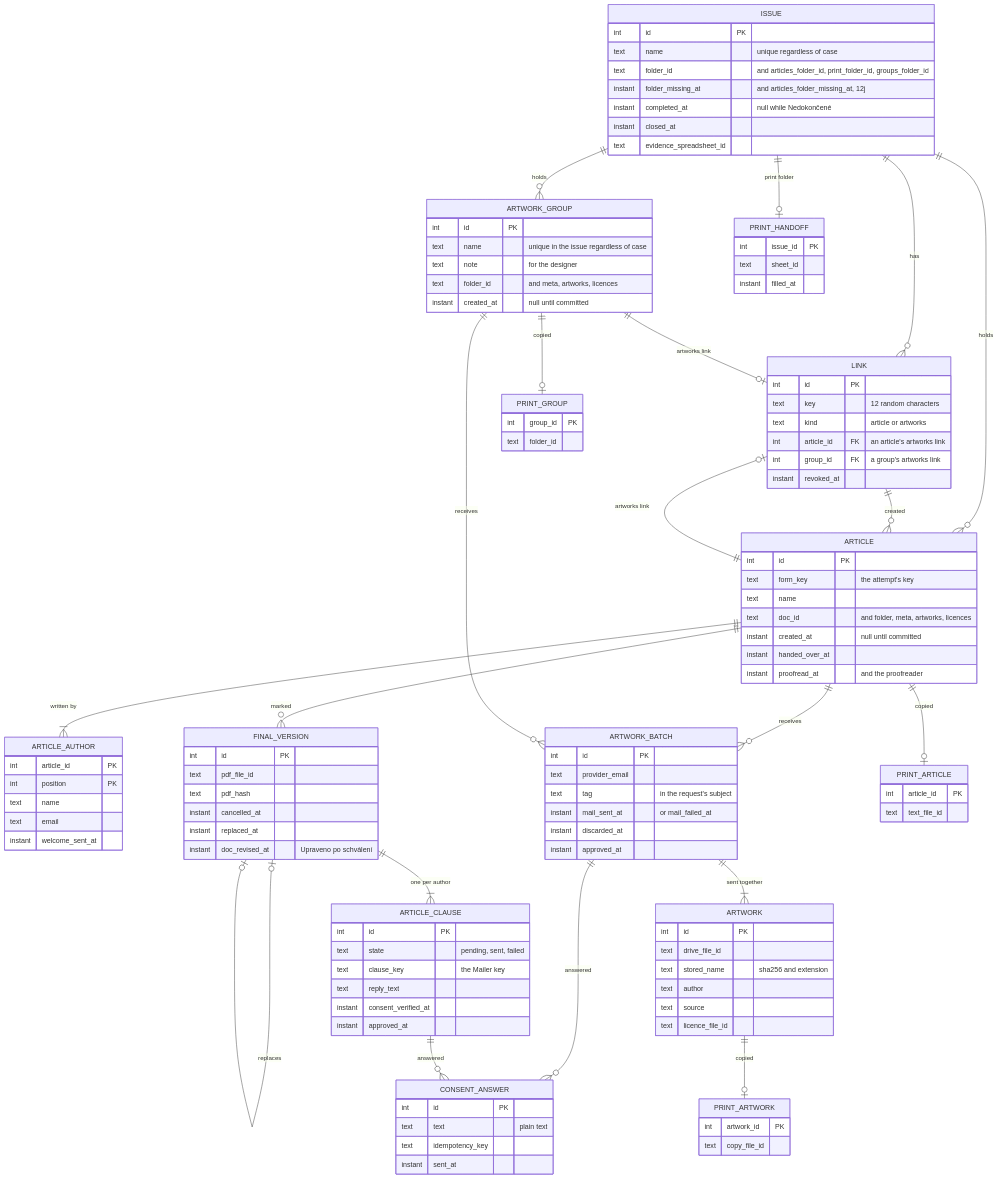
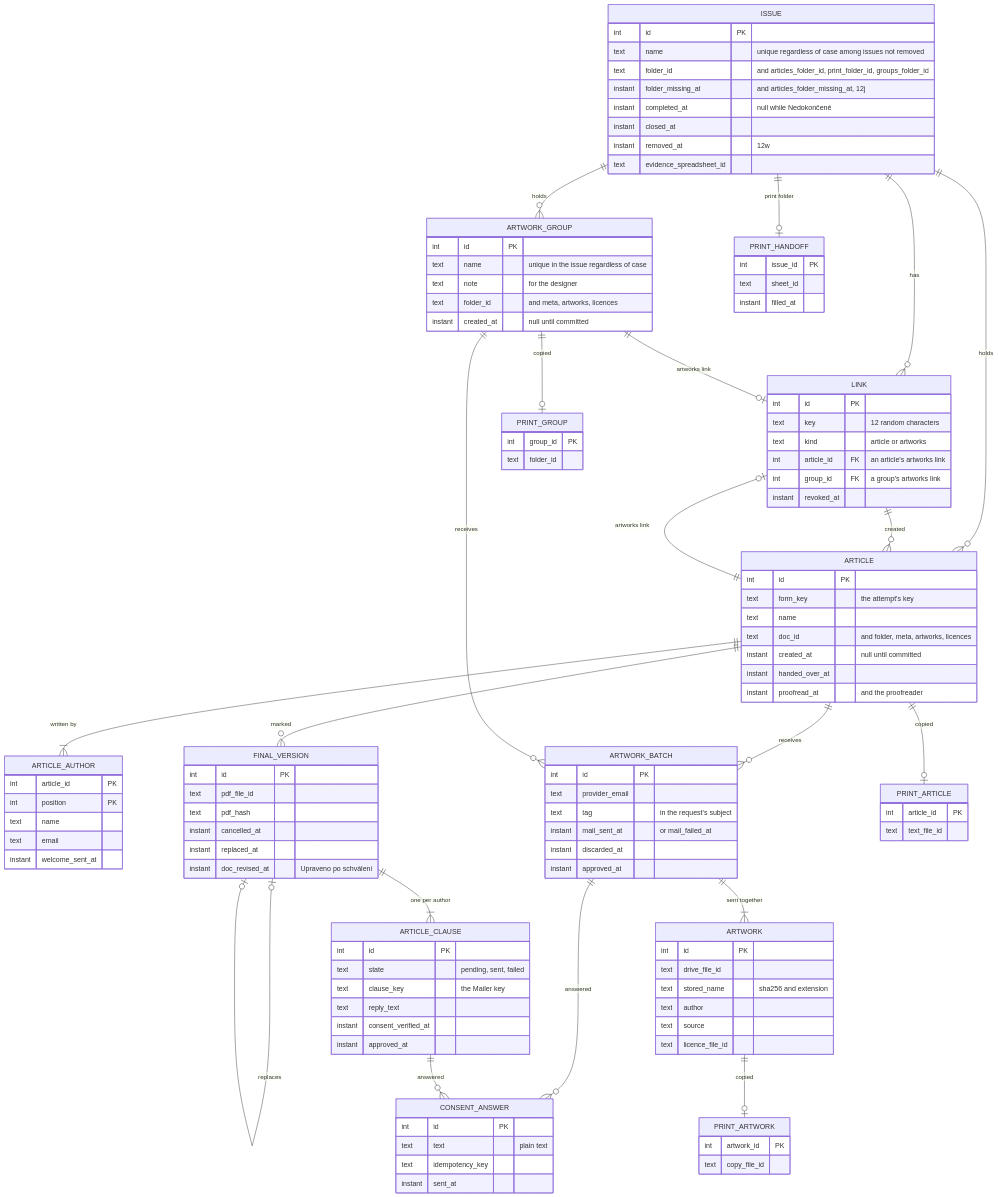
Before and after one commit to vednemesicnik/cz.vednemesicnik.publikace: the second of 6 diagrams in docs/architecture.md, drawn with Mermaid. The commit also changed other lines of this file and 41 other files, not shown here.

```diff
--- a/docs/architecture.md
+++ b/docs/architecture.md
@@ -102,11 +102,12 @@
 
   ISSUE {
     int id PK
-    text name "unique regardless of case"
+    text name "unique regardless of case among issues not removed"
     text folder_id "and articles_folder_id, print_folder_id, groups_folder_id"
     instant folder_missing_at "and articles_folder_missing_at, 12j"
     instant completed_at "null while Nedokončené"
     instant closed_at
+    instant removed_at "12w"
     text evidence_spreadsheet_id
   }
   LINK {
```
